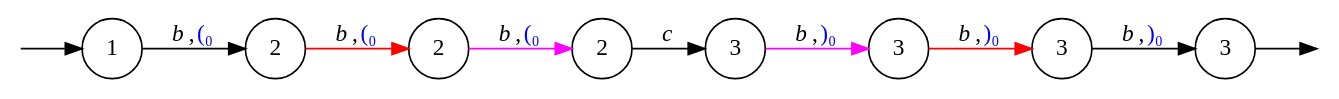
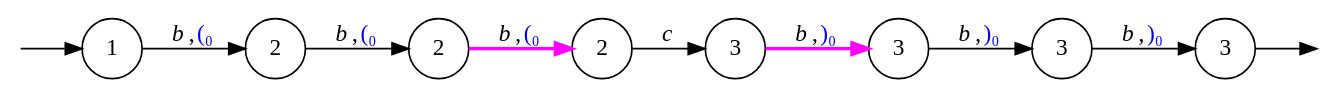
The diagram in presentation/graphs/graph1_path2.dot (0Marble/lgraphs), drawn with Graphviz before and after one commit. The commit also changed 18 other files, not shown here.

```diff
--- a/presentation/graphs/graph1_path2.dot
+++ b/presentation/graphs/graph1_path2.dot
@@ -1,24 +1,24 @@
 digraph {
 	node [shape=circle];
 	Q0 [style=invisible, height=0, width=0, fixedsize=true];
 	Q1 [style=invisible, height=0, width=0, fixedsize=true];
 	graph [rankdir="LR"];
 	0 [label=1];
 	1 [label=2];
 	2 [label=2];
 	3 [label=2];
 	4 [label=3];
 	5 [label=3];
 	6 [label=3];
 	7 [label=3];
 
 	Q0 -> 0;
 	7 -> Q1;
 	0 -> 1  [label=<<i>b</i>,<FONT COLOR="blue">(₀</FONT>> ];
-	1 -> 2  [label=<<i>b</i>,<FONT COLOR="blue">(₀</FONT>>,color=red ];
-	2 -> 3  [label=<<i>b</i>,<FONT COLOR="blue">(₀</FONT>>,color=fuchsia ];
+	1 -> 2  [label=<<i>b</i>,<FONT COLOR="blue">(₀</FONT>> ];
+	2 -> 3  [label=<<i>b</i>,<FONT COLOR="blue">(₀</FONT>>,color=fuchsia , style=bold];
 	3 -> 4  [label=<<i>c</i>> ];
-	4 -> 5  [label=<<i>b</i>,<FONT COLOR="blue">)₀</FONT>>,color=fuchsia ];
-	5 -> 6  [label=<<i>b</i>,<FONT COLOR="blue">)₀</FONT>>,color=red ];
+	4 -> 5  [label=<<i>b</i>,<FONT COLOR="blue">)₀</FONT>>,color=fuchsia , style=bold];
+	5 -> 6  [label=<<i>b</i>,<FONT COLOR="blue">)₀</FONT>> ];
 	6 -> 7  [label=<<i>b</i>,<FONT COLOR="blue">)₀</FONT>> ];
 }
```
